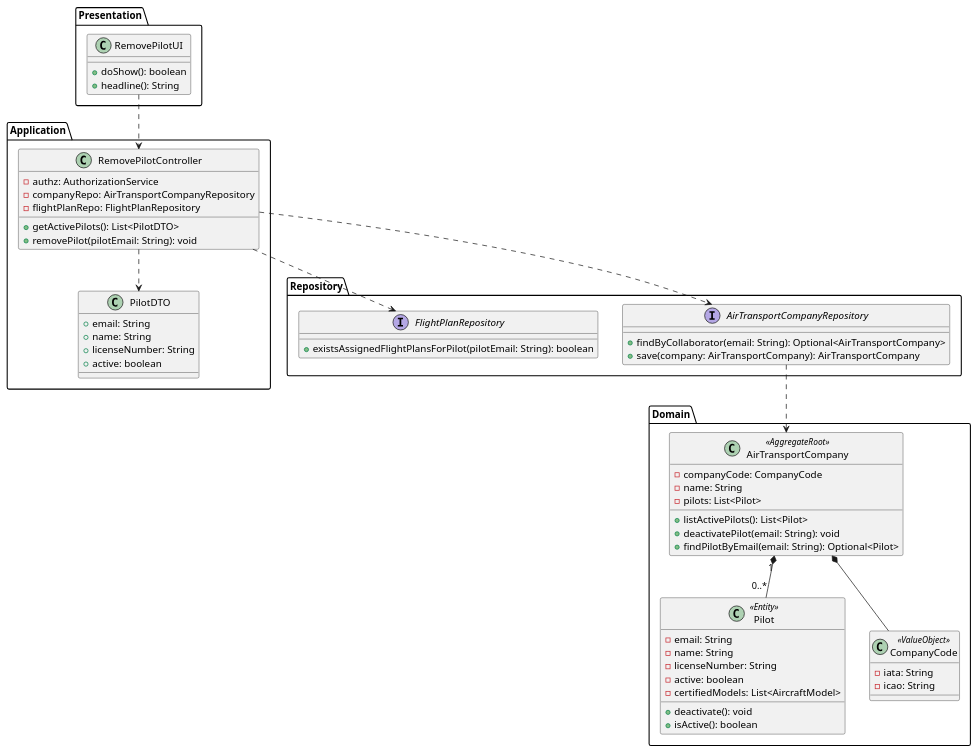
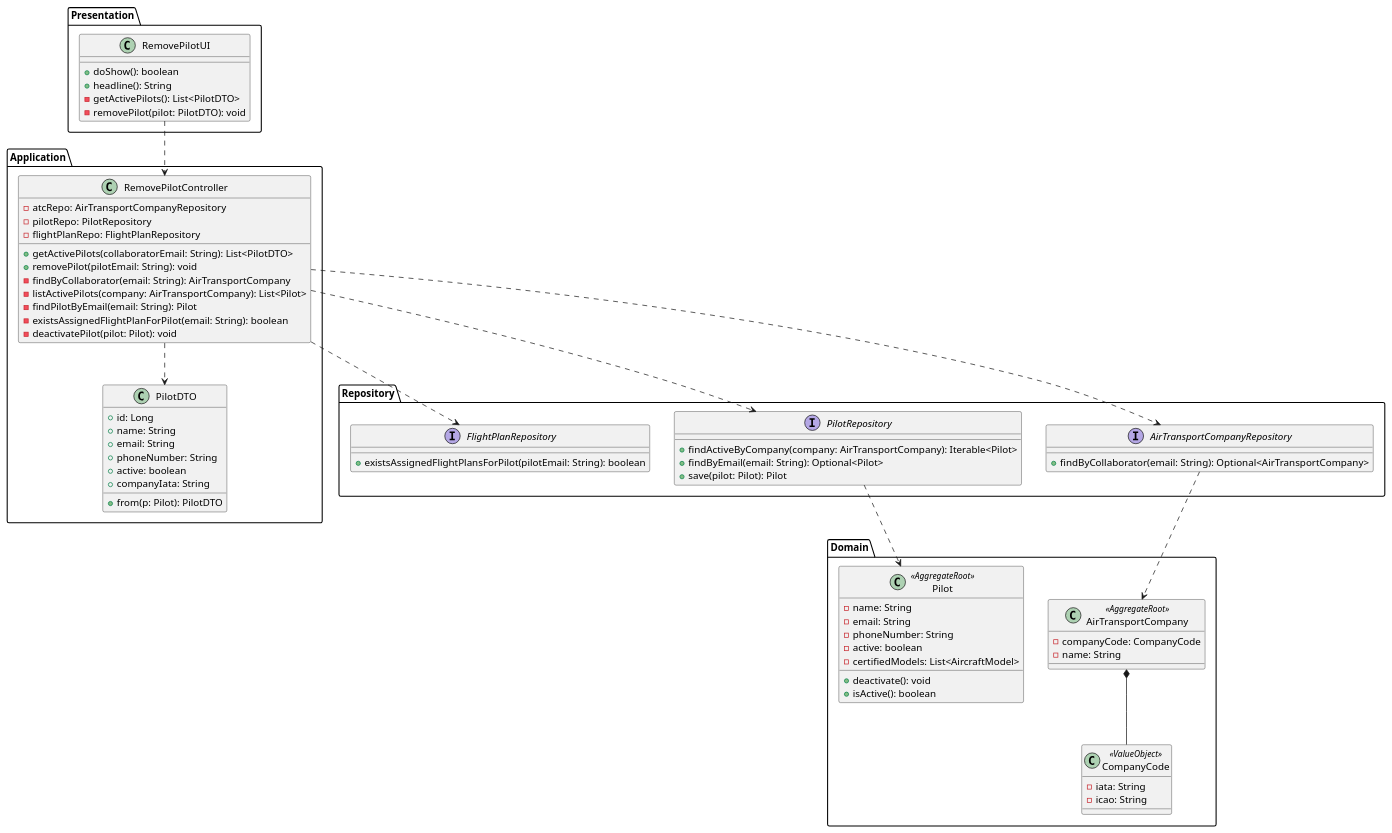
The diagram in docs/Sprint 3/EAPLI/US077/puml/US077-class-diagram.puml (DuartePinto1240/sem4pi2526-sem4pi2526_2da2), drawn with PlantUML before and after one commit. The commit also changed 10 other files, not shown here.

```diff
--- a/docs/Sprint 3/EAPLI/US077/puml/US077-class-diagram.puml
+++ b/docs/Sprint 3/EAPLI/US077/puml/US077-class-diagram.puml
@@ -1,68 +1,79 @@
 @startuml
 
 package "Presentation" {
   class RemovePilotUI {
     +doShow(): boolean
     +headline(): String
+    -getActivePilots(): List<PilotDTO>
+    -removePilot(pilot: PilotDTO): void
   }
 }
 
 package "Application" {
   class RemovePilotController {
-    -authz: AuthorizationService
-    -companyRepo: AirTransportCompanyRepository
+    -atcRepo: AirTransportCompanyRepository
+    -pilotRepo: PilotRepository
     -flightPlanRepo: FlightPlanRepository
-    +getActivePilots(): List<PilotDTO>
+    +getActivePilots(collaboratorEmail: String): List<PilotDTO>
     +removePilot(pilotEmail: String): void
+    -findByCollaborator(email: String): AirTransportCompany
+    -listActivePilots(company: AirTransportCompany): List<Pilot>
+    -findPilotByEmail(email: String): Pilot
+    -existsAssignedFlightPlanForPilot(email: String): boolean
+    -deactivatePilot(pilot: Pilot): void
   }
   class PilotDTO {
+    +id: Long
+    +name: String
     +email: String
-    +name: String
-    +licenseNumber: String
+    +phoneNumber: String
     +active: boolean
+    +companyIata: String
+    +from(p: Pilot): PilotDTO
   }
 }
 
 package "Domain" {
   class AirTransportCompany <<AggregateRoot>> {
     -companyCode: CompanyCode
     -name: String
-    -pilots: List<Pilot>
-    +listActivePilots(): List<Pilot>
-    +deactivatePilot(email: String): void
-    +findPilotByEmail(email: String): Optional<Pilot>
   }
-  class Pilot <<Entity>> {
+  class Pilot <<AggregateRoot>> {
+    -name: String
     -email: String
-    -name: String
-    -licenseNumber: String
+    -phoneNumber: String
     -active: boolean
     -certifiedModels: List<AircraftModel>
     +deactivate(): void
     +isActive(): boolean
   }
   class CompanyCode <<ValueObject>> {
     -iata: String
     -icao: String
   }
 }
 
 package "Repository" {
   interface AirTransportCompanyRepository {
     +findByCollaborator(email: String): Optional<AirTransportCompany>
-    +save(company: AirTransportCompany): AirTransportCompany
+  }
+  interface PilotRepository {
+    +findActiveByCompany(company: AirTransportCompany): Iterable<Pilot>
+    +findByEmail(email: String): Optional<Pilot>
+    +save(pilot: Pilot): Pilot
   }
   interface FlightPlanRepository {
     +existsAssignedFlightPlansForPilot(pilotEmail: String): boolean
   }
 }
 
 RemovePilotUI ..> RemovePilotController
 RemovePilotController ..> AirTransportCompanyRepository
+RemovePilotController ..> PilotRepository
 RemovePilotController ..> FlightPlanRepository
 RemovePilotController ..> PilotDTO
-AirTransportCompany "1" *-- "0..*" Pilot
 AirTransportCompany *-- CompanyCode
 AirTransportCompanyRepository ..> AirTransportCompany
+PilotRepository ..> Pilot
 
 @enduml
```
